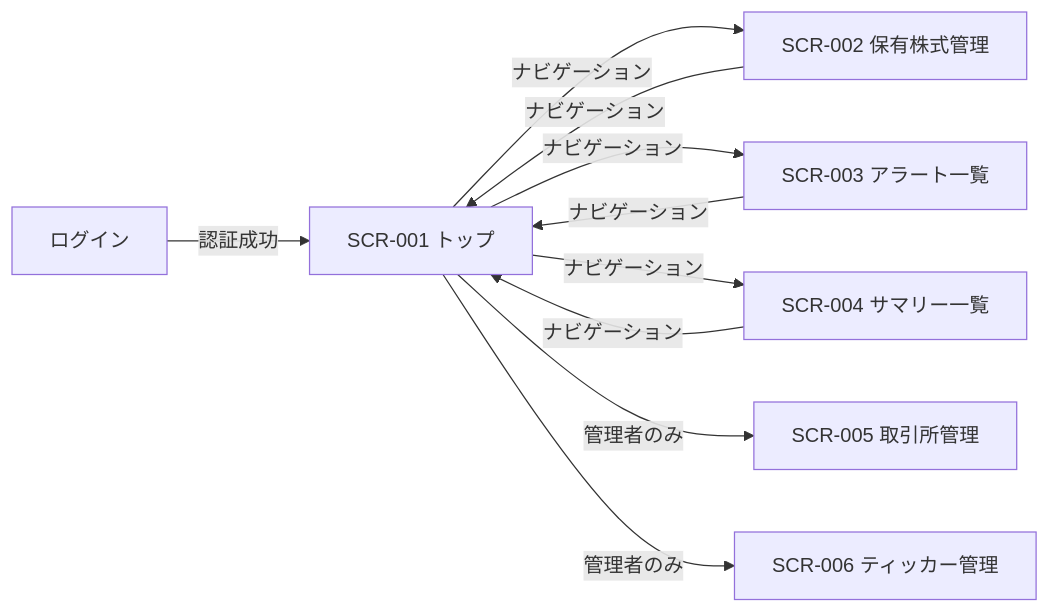
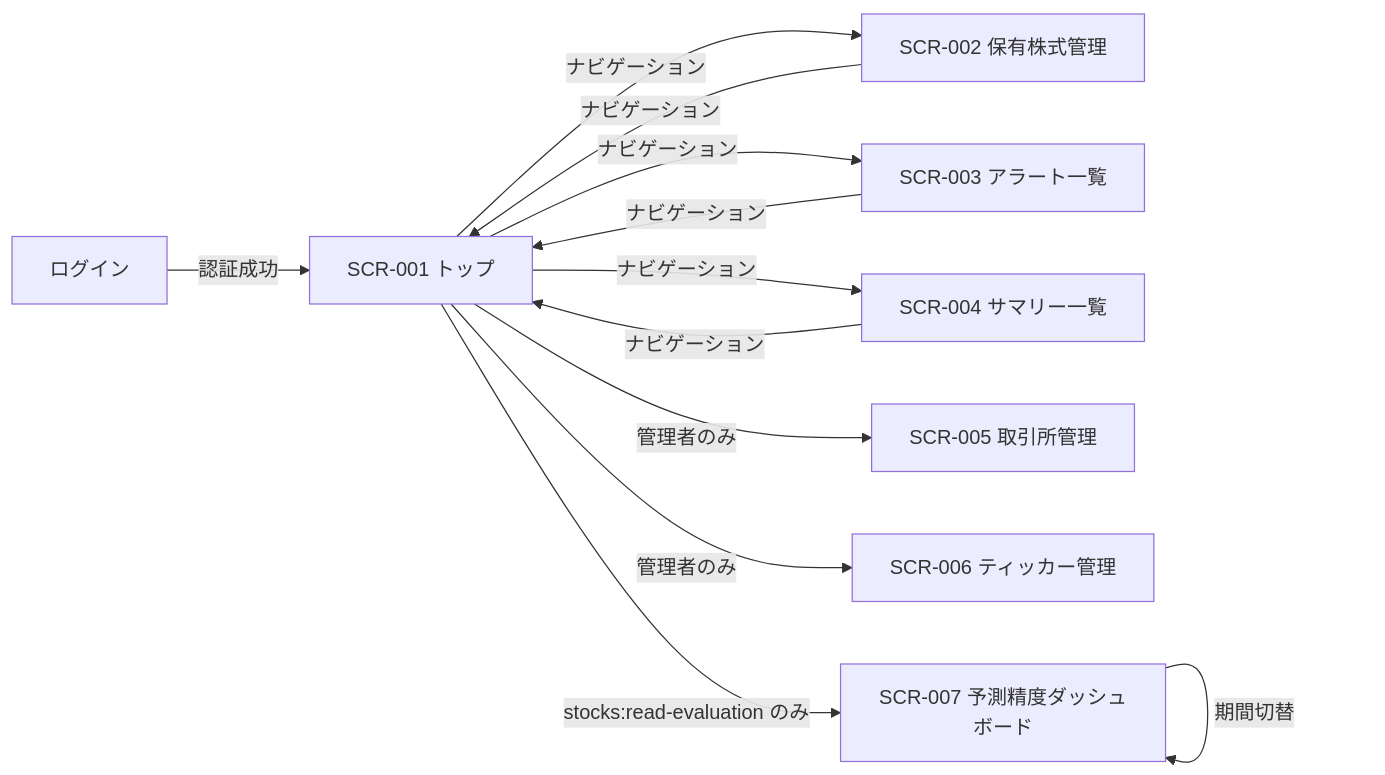
One commit to nagiyu/nagiyu-platform changed the first of 2 diagrams in docs/services/stock-tracker/external-design.md. Above: the diagram before and after it, drawn with Mermaid. The commit also changed other lines of this file and 9 other files, not shown here.

````diff
--- a/docs/services/stock-tracker/external-design.md
+++ b/docs/services/stock-tracker/external-design.md
@@ -18,12 +19,14 @@
 ```mermaid
 graph LR
     Login[ログイン] -->|認証成功| Top[SCR-001 トップ]
     Top -->|ナビゲーション| Holdings[SCR-002 保有株式管理]
     Top -->|ナビゲーション| Alerts[SCR-003 アラート一覧]
     Top -->|ナビゲーション| Summaries[SCR-004 サマリー一覧]
     Top -->|管理者のみ| Exchanges[SCR-005 取引所管理]
     Top -->|管理者のみ| Tickers[SCR-006 ティッカー管理]
+    Top -->|stocks:read-evaluation のみ| PredEval[SCR-007 予測精度ダッシュボード]
     Holdings -->|ナビゲーション| Top
     Alerts -->|ナビゲーション| Top
     Summaries -->|ナビゲーション| Top
+    PredEval -->|期間切替| PredEval
 ```
````
